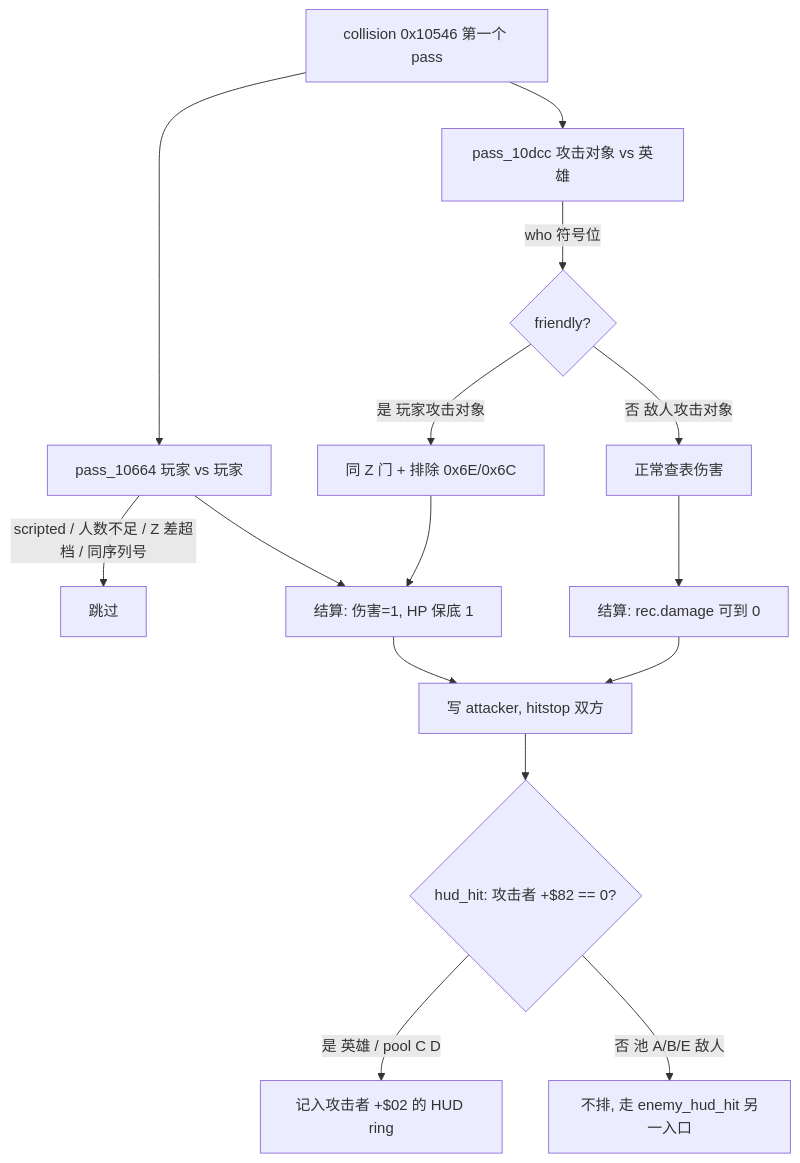
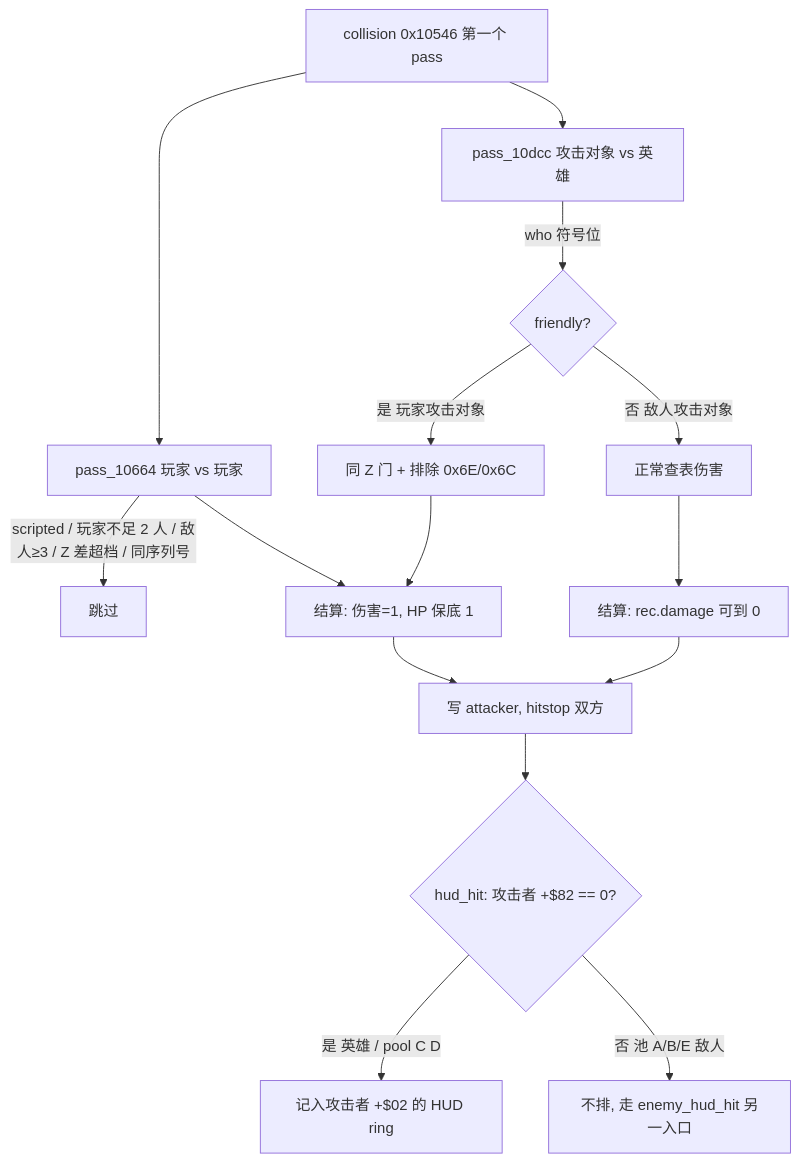
Diagram 21 of 22 in notes/02-mid.md (OrochiZ/cadillacs-and-dinosaurs-rust-remake), drawn with Mermaid before and after one commit. The commit also changed other lines of this file and 2 other files, not shown here.

````diff
--- a/notes/02-mid.md
+++ b/notes/02-mid.md
@@ -1637,17 +1651,17 @@
 ```mermaid
 flowchart TD
     C[collision 0x10546 第一个 pass] --> P[pass_10664 玩家 vs 玩家]
     C --> Q[pass_10dcc 攻击对象 vs 英雄]
-    P -->|scripted / 人数不足 / Z 差超档 / 同序列号| X[跳过]
+    P -->|scripted / 玩家不足 2 人 / 敌人≥3 / Z 差超档 / 同序列号| X[跳过]
     Q -->|who 符号位| F{friendly?}
     F -->|是 玩家攻击对象| G[同 Z 门 + 排除 0x6E/0x6C]
     F -->|否 敌人攻击对象| H[正常查表伤害]
     G --> S[结算: 伤害=1, HP 保底 1]
     P --> S
     H --> S2[结算: rec.damage 可到 0]
     S --> A[写 attacker, hitstop 双方]
     S2 --> A
     A --> U{hud_hit: 攻击者 +$82 == 0?}
     U -->|是 英雄 / pool C D| R[记入攻击者 +$02 的 HUD ring]
     U -->|否 池 A/B/E 敌人| V[不排, 走 enemy_hud_hit 另一入口]
 ```
````
